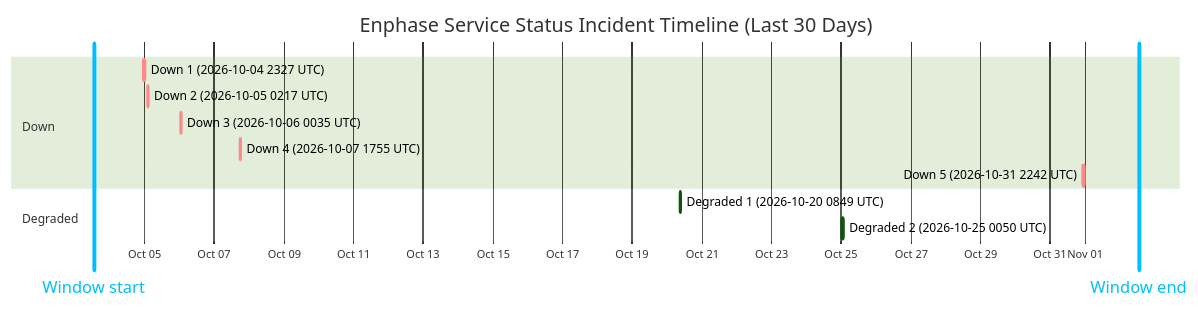
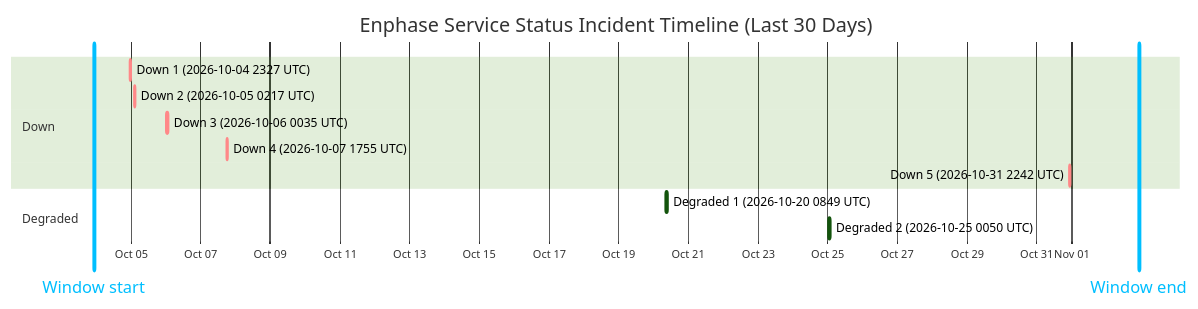
One commit to barneyonline/ha-enphase-energy changed the diagram in wiki/Service-Status-History.md. Above: the diagram before and after it, drawn with Mermaid (forest theme). The commit also changed other lines of this file and 3 other files, not shown here.

````diff
--- a/wiki/Service-Status-History.md
+++ b/wiki/Service-Status-History.md
@@ -14,17 +14,17 @@
 ```mermaid
 gantt
     title Enphase Service Status Incident Timeline (Last 30 Days)
     dateFormat  YYYY-MM-DDTHH:mm:ss
     axisFormat  %b %d
-    Window start :vert, window-start, 2026-10-03T13:05:29, 0ms
-    Window end :vert, window-end, 2026-11-02T13:05:29, 0ms
+    Window start :vert, window-start, 2026-10-03T22:24:09, 0ms
+    Window end :vert, window-end, 2026-11-02T22:24:09, 0ms
     section Down
     Down 1 (2026-10-04 2327 UTC) :crit, down-1, 2026-10-04T23:27:34, 60m
     Down 2 (2026-10-05 0217 UTC) :crit, down-2, 2026-10-05T02:17:30, 60m
     Down 3 (2026-10-06 0035 UTC) :crit, down-3, 2026-10-06T00:35:21, 60m
     Down 4 (2026-10-07 1755 UTC) :crit, down-4, 2026-10-07T17:55:16, 60m
     Down 5 (2026-10-31 2242 UTC) :crit, down-5, 2026-10-31T22:42:18, 60m
     section Degraded
     Degraded 1 (2026-10-20 0849 UTC) :active, degraded-1, 2026-10-20T08:49:49, 60m
     Degraded 2 (2026-10-25 0050 UTC) :active, degraded-2, 2026-10-25T00:50:01, 60m
 ```
````
